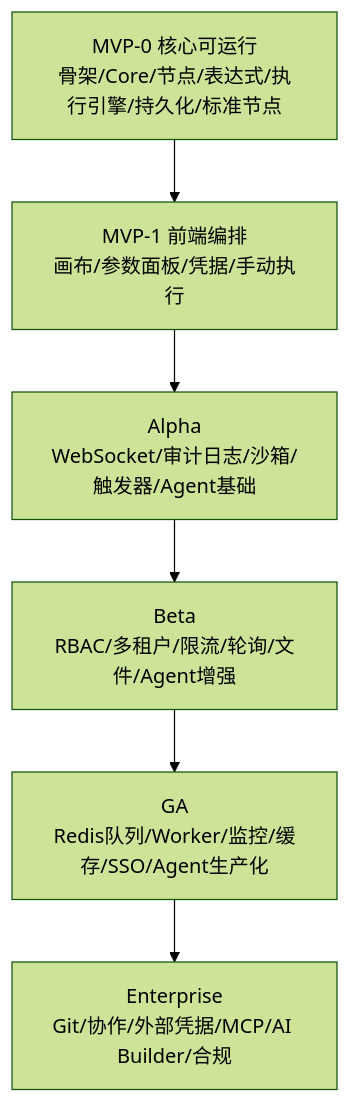
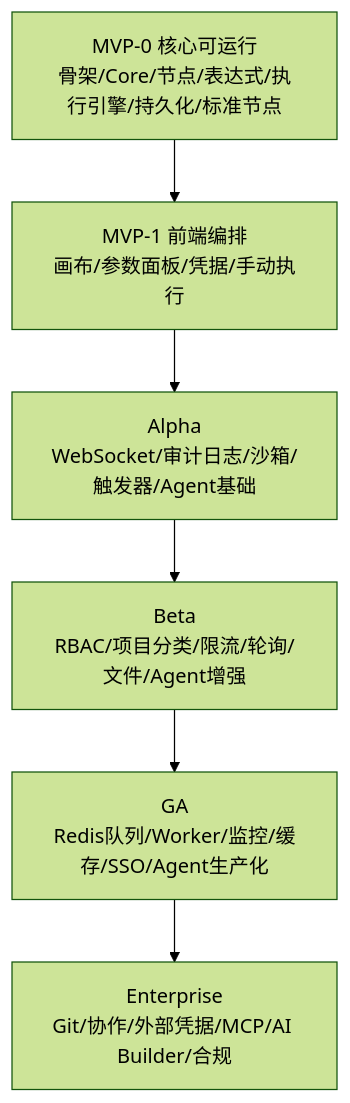
The first of 2 diagrams in docs/plans/plan-000-overview.md (maddemon/workflow_engine), drawn with Mermaid (forest theme) before and after one commit. The commit also changed other lines of this file and 162 other files, not shown here.

````diff
--- a/docs/plans/plan-000-overview.md
+++ b/docs/plans/plan-000-overview.md
@@ -144,8 +144,8 @@
 ```mermaid
 flowchart TD
     MVP0[MVP-0 核心可运行<br/>骨架/Core/节点/表达式/执行引擎/持久化/标准节点] --> MVP1[MVP-1 前端编排<br/>画布/参数面板/凭据/手动执行]
     MVP1 --> Alpha[Alpha<br/>WebSocket/审计日志/沙箱/触发器/Agent基础]
-    Alpha --> Beta[Beta<br/>RBAC/多租户/限流/轮询/文件/Agent增强]
+    Alpha --> Beta[Beta<br/>RBAC/项目分类/限流/轮询/文件/Agent增强]
     Beta --> GA[GA<br/>Redis队列/Worker/监控/缓存/SSO/Agent生产化]
     GA --> Enterprise[Enterprise<br/>Git/协作/外部凭据/MCP/AI Builder/合规]
 ```
````
